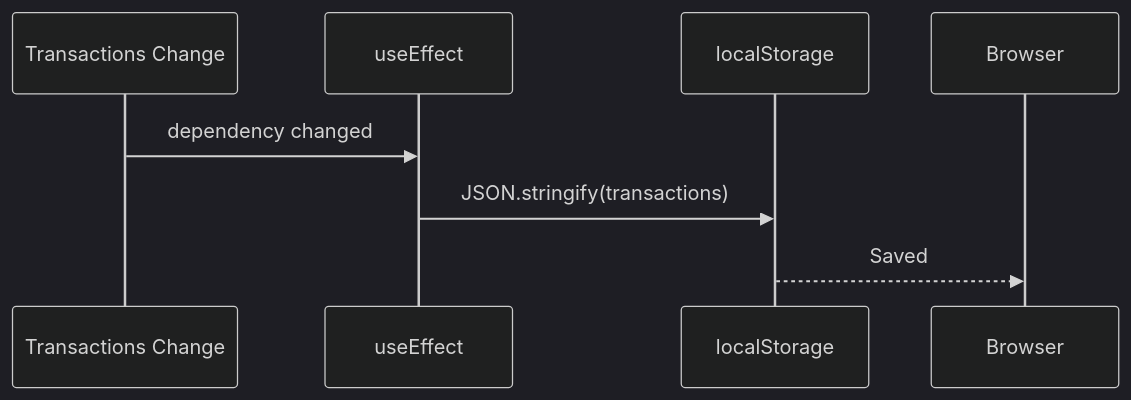
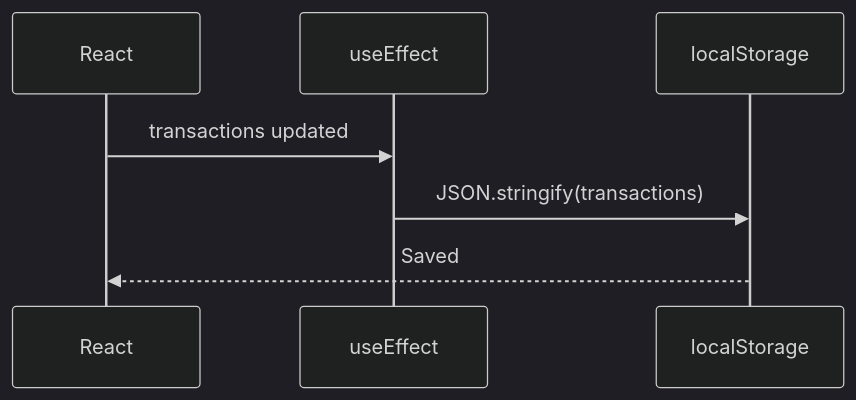
Before and after one commit to NaVteJSingH18/Smart-spend: diagram 11 of 12 in README.md, drawn with Mermaid (dark theme). The commit also changed other lines of this file and 8 other files, not shown here.

````diff
--- a/README.md
+++ b/README.md
@@ -239,9 +329,13 @@
 ```mermaid
 sequenceDiagram
 
-Transactions Change->>useEffect: dependency changed
+participant React
+participant Effect as useEffect
+participant Storage as localStorage
 
-useEffect->>localStorage: JSON.stringify(transactions)
+React->>Effect: transactions updated
 
-localStorage-->>Browser: Saved
+Effect->>Storage: JSON.stringify(transactions)
+
+Storage-->>React: Saved
 ```
````
